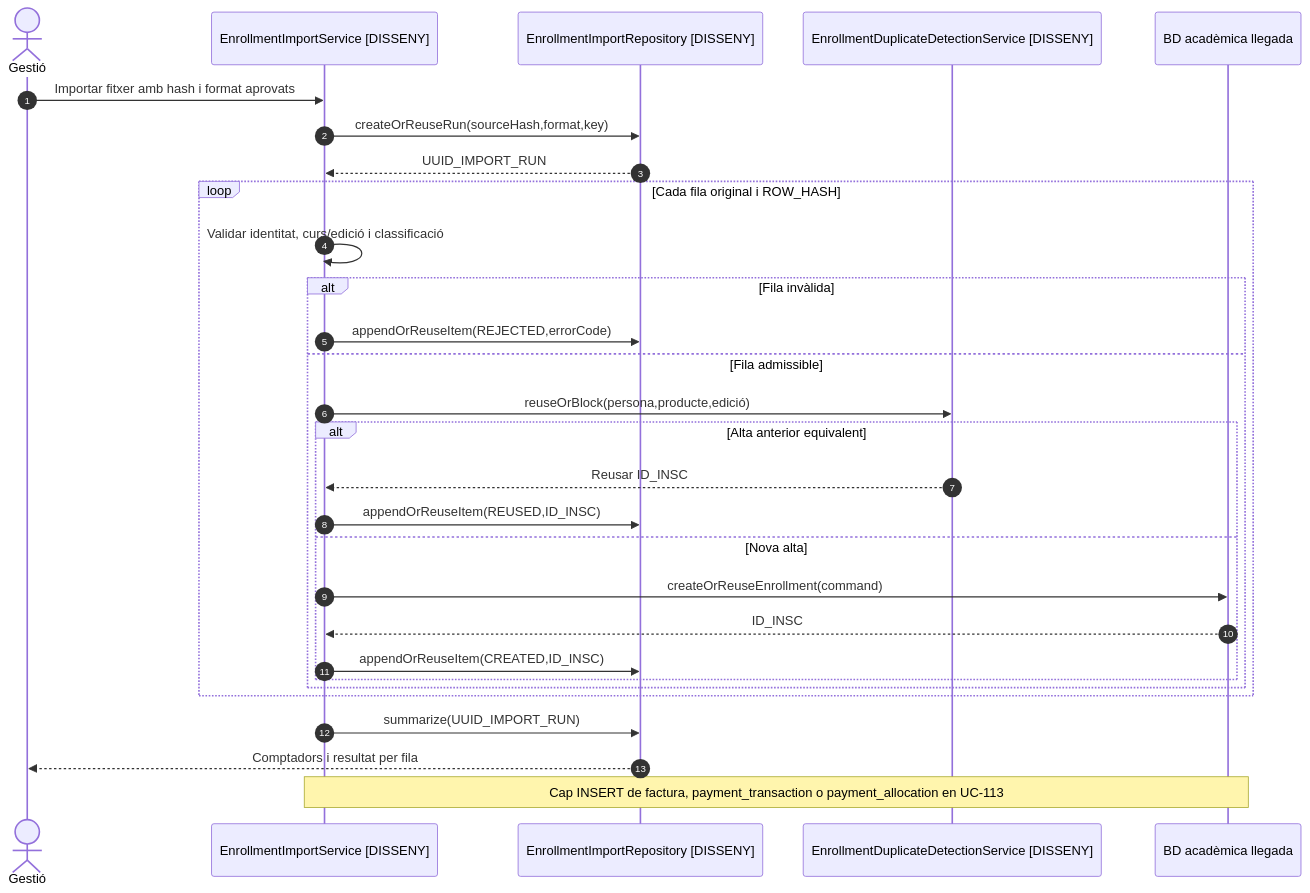
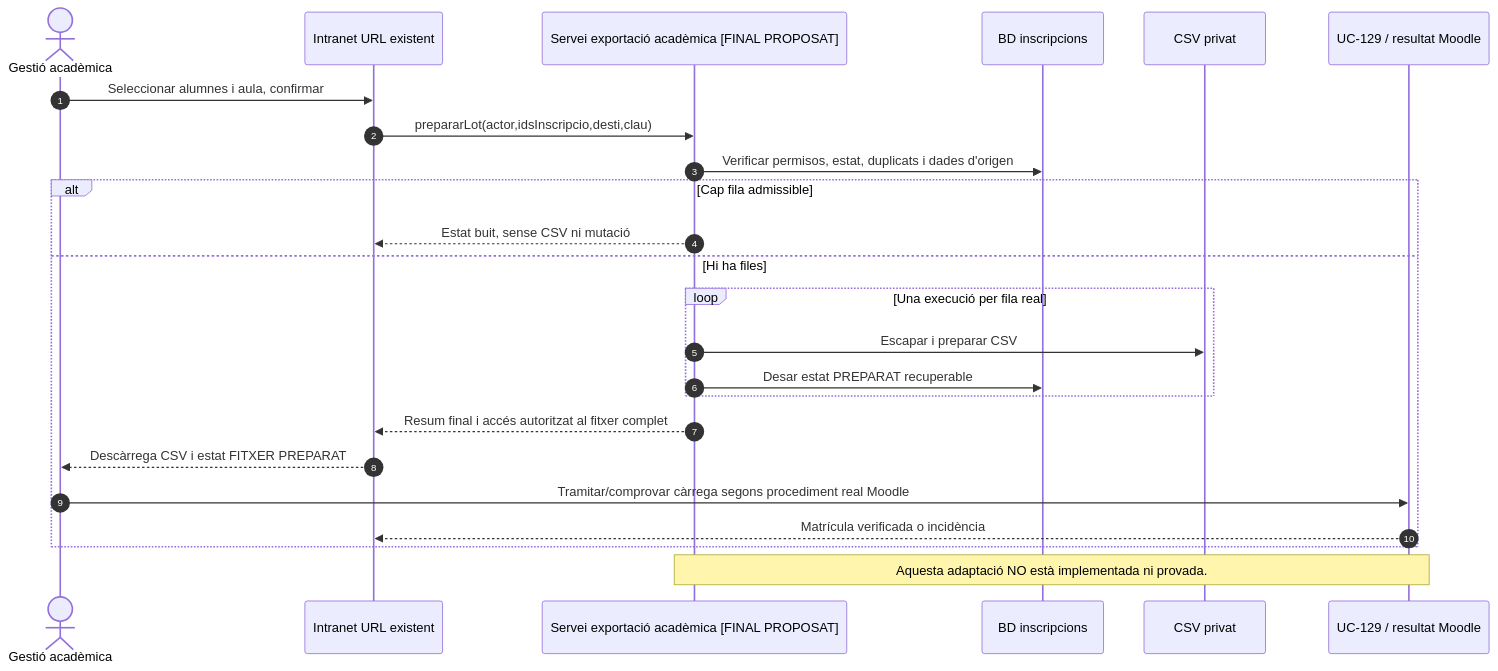
One commit to orgmeriemprismacat-del/verifactu changed the fourth of 4 diagrams in documentacio/07-uml-integrat/uc-113-importar-inscripcions-manualment-lot.md. Above: the diagram before and after it, drawn with Mermaid. The commit also changed other lines of this file, not shown here.

Commit message:
docs: rebuild UC-113 UML around exact intranet batch URL and actual PHP sequence, remove imaginary importer

````diff
--- a/documentacio/07-uml-integrat/uc-113-importar-inscripcions-manualment-lot.md
+++ b/documentacio/07-uml-integrat/uc-113-importar-inscripcions-manualment-lot.md
@@ -147,31 +157,26 @@
 ```mermaid
 sequenceDiagram
 autonumber
-actor G as Gestió
-participant S as EnrollmentImportService [DISSENY]
-participant R as EnrollmentImportRepository [DISSENY]
-participant D as EnrollmentDuplicateDetectionService [DISSENY]
-participant L as BD acadèmica llegada
-G->>S: Importar fitxer amb hash i format aprovats
-S->>R: createOrReuseRun(sourceHash,format,key)
-R-->>S: UUID_IMPORT_RUN
-loop Cada fila original i ROW_HASH
- S->>S: Validar identitat, curs/edició i classificació
- alt Fila invàlida
-  S->>R: appendOrReuseItem(REJECTED,errorCode)
- else Fila admissible
-  S->>D: reuseOrBlock(persona,producte,edició)
-  alt Alta anterior equivalent
-   D-->>S: Reusar ID_INSC
-   S->>R: appendOrReuseItem(REUSED,ID_INSC)
-  else Nova alta
-   S->>L: createOrReuseEnrollment(command)
-   L-->>S: ID_INSC
-   S->>R: appendOrReuseItem(CREATED,ID_INSC)
-  end
+actor G as Gestió acadèmica
+participant P as Intranet URL existent
+participant S as Servei exportació acadèmica [FINAL PROPOSAT]
+participant B as BD inscripcions
+participant F as CSV privat
+participant R as UC-129 / resultat Moodle
+G->>P: Seleccionar alumnes i aula, confirmar
+P->>S: prepararLot(actor,idsInscripcio,desti,clau)
+S->>B: Verificar permisos, estat, duplicats i dades d'origen
+alt Cap fila admissible
+ S-->>P: Estat buit, sense CSV ni mutació
+else Hi ha files
+ loop Una execució per fila real
+  S->>F: Escapar i preparar CSV
+  S->>B: Desar estat PREPARAT recuperable
  end
+ S-->>P: Resum final i accés autoritzat al fitxer complet
+ P-->>G: Descàrrega CSV i estat FITXER PREPARAT
+ G->>R: Tramitar/comprovar càrrega segons procediment real Moodle
+ R-->>P: Matrícula verificada o incidència
 end
-S->>R: summarize(UUID_IMPORT_RUN)
-R-->>G: Comptadors i resultat per fila
-Note over S,L: Cap INSERT de factura, payment_transaction o payment_allocation en UC-113
+Note over S,R: Aquesta adaptació NO està implementada ni provada.
 ```
````
